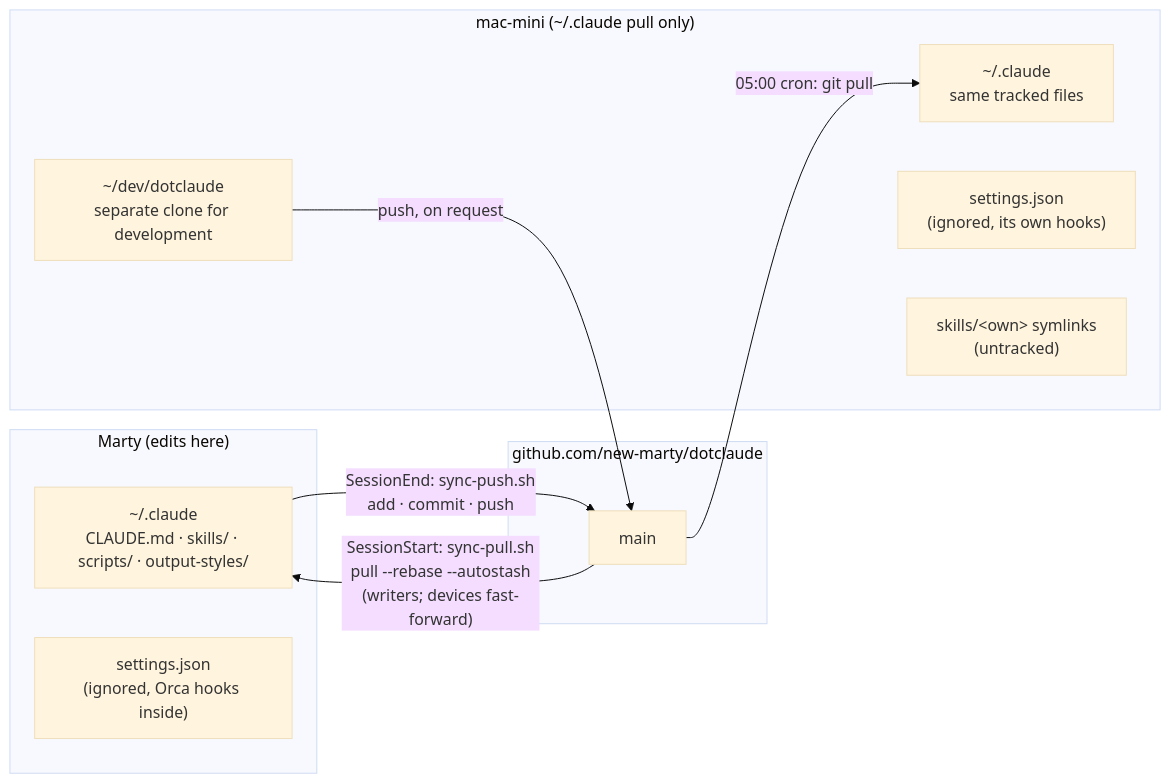
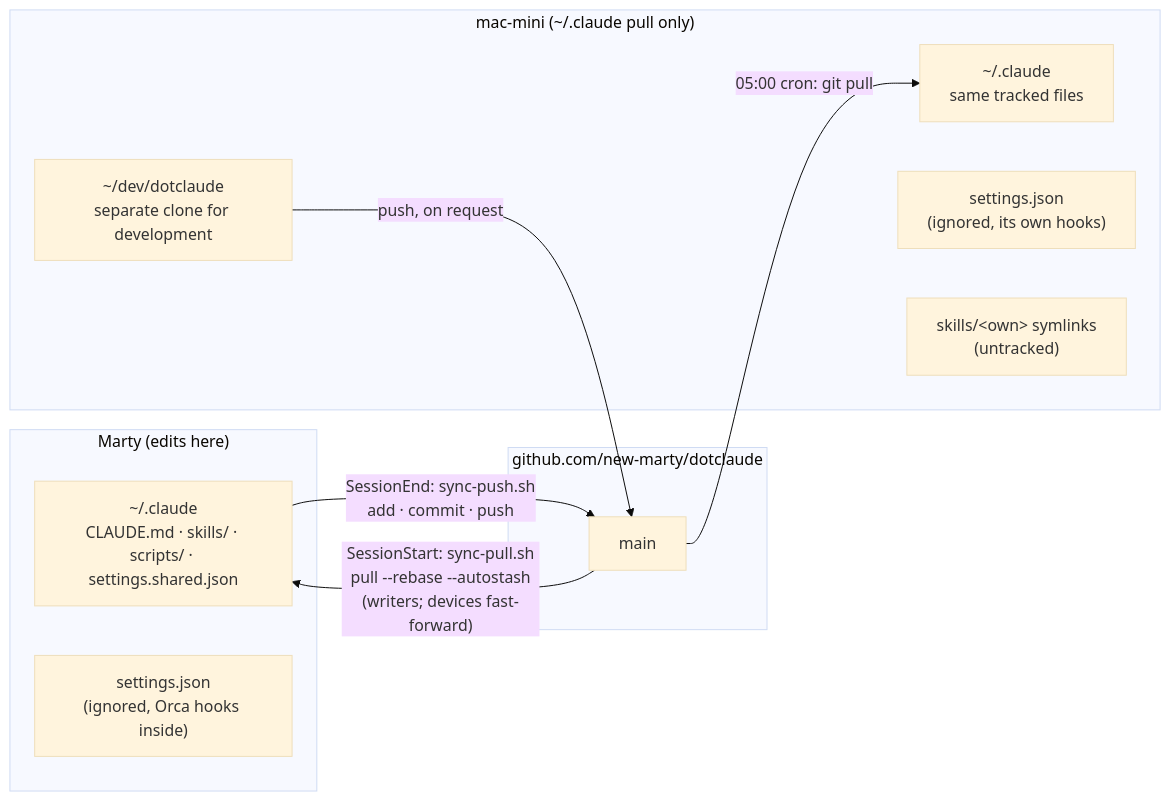
The first of 2 diagrams in README.md (new-marty/dotclaude), drawn with Mermaid (base theme) before and after one commit. The commit also changed other lines of this file and 68 other files, not shown here.

````diff
--- a/README.md
+++ b/README.md
@@ -50,20 +51,20 @@
 ```mermaid
 flowchart LR
     subgraph marty["Marty (edits here)"]
-        m_cfg["~/.claude<br/>CLAUDE.md · skills/ · scripts/ · output-styles/"]
+        m_cfg["~/.claude<br/>CLAUDE.md · skills/ · scripts/ · settings.shared.json"]
         m_set["settings.json<br/>(ignored, Orca hooks inside)"]
     end
     subgraph gh["github.com/new-marty/dotclaude"]
         main["main"]
     end
     subgraph mini["mac-mini (~/.claude pull only)"]
         n_cfg["~/.claude<br/>same tracked files"]
         n_set["settings.json<br/>(ignored, its own hooks)"]
         n_own["skills/&lt;own&gt; symlinks<br/>(untracked)"]
         n_dev["~/dev/dotclaude<br/>separate clone for development"]
     end
     m_cfg -- "SessionEnd: sync-push.sh<br/>add · commit · push" --> main
     main -- "SessionStart: sync-pull.sh<br/>pull --rebase --autostash<br/>(writers; devices fast-forward)" --> m_cfg
     main -- "05:00 cron: git pull" --> n_cfg
     n_dev -- "push, on request" --> main
 ```
````
